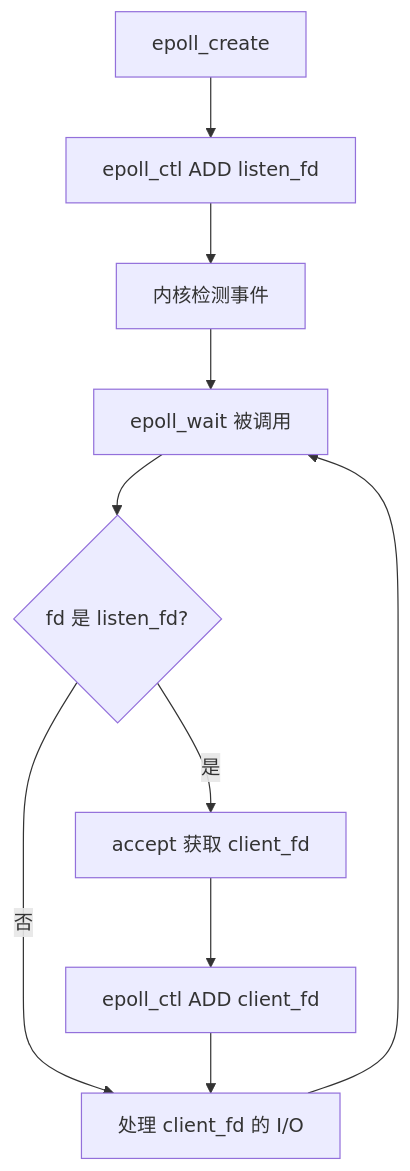
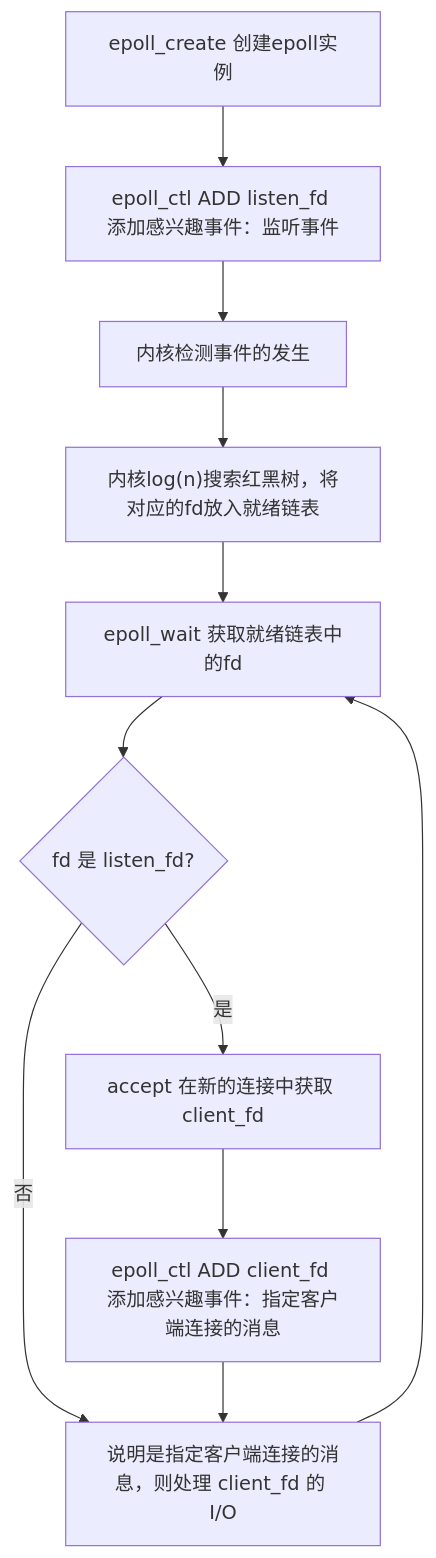
One commit to Criel14/criel-note changed the first of 3 diagrams in Java八股/Java八股.md. Above: the diagram before and after it, drawn with Mermaid. The commit also changed other lines of this file and 8 other files, not shown here.

````diff
--- a/Java八股/Java八股.md
+++ b/Java八股/Java八股.md
@@ -175,12 +175,13 @@
 ```mermaid
 graph TD
-    A[epoll_create] --> B[epoll_ctl ADD listen_fd]
-    B --> C[内核检测事件]
-    C --> D[epoll_wait 被调用]
+    A[epoll_create 创建epoll实例] --> B[epoll_ctl ADD listen_fd 添加感兴趣事件：监听事件]
+    B --> C[内核检测事件的发生]
+    C --> C1["内核log(n)搜索红黑树，将对应的fd放入就绪链表"]
+    C1 --> D[epoll_wait 获取就绪链表中的fd]
     D --> E{fd 是 listen_fd?}
-    E -- 是 --> F[accept 获取 client_fd]
-    F --> G[epoll_ctl ADD client_fd]
-    E -- 否 --> H[处理 client_fd 的 I/O]
+    E -- 是 --> F[accept 在新的连接中获取 client_fd]
+    F --> G[epoll_ctl ADD client_fd 添加感兴趣事件：指定客户端连接的消息]
+    E -- 否 --> H[说明是指定客户端连接的消息，则处理 client_fd 的 I/O]
     G --> H
     H --> D
 ```
````
